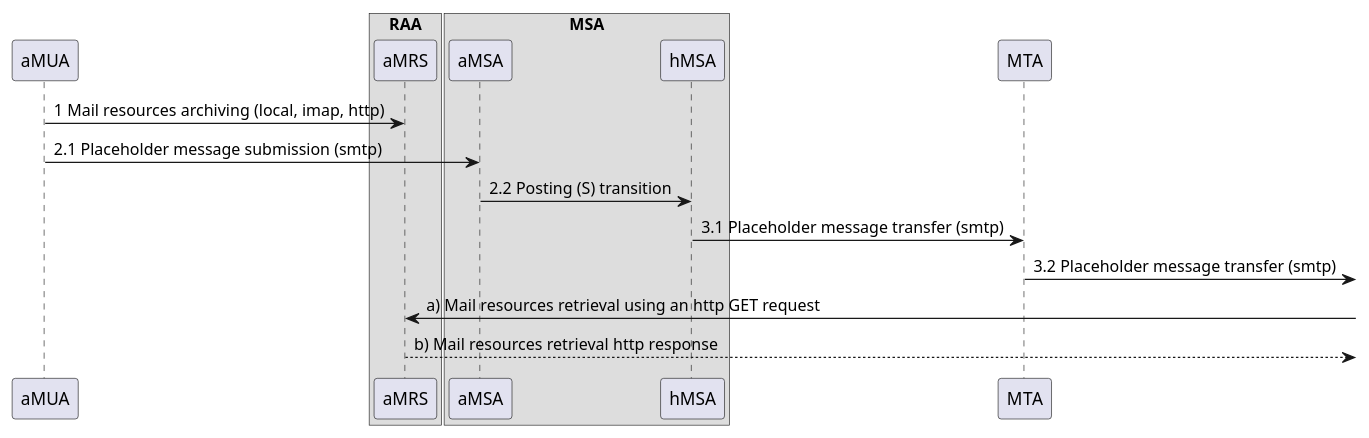
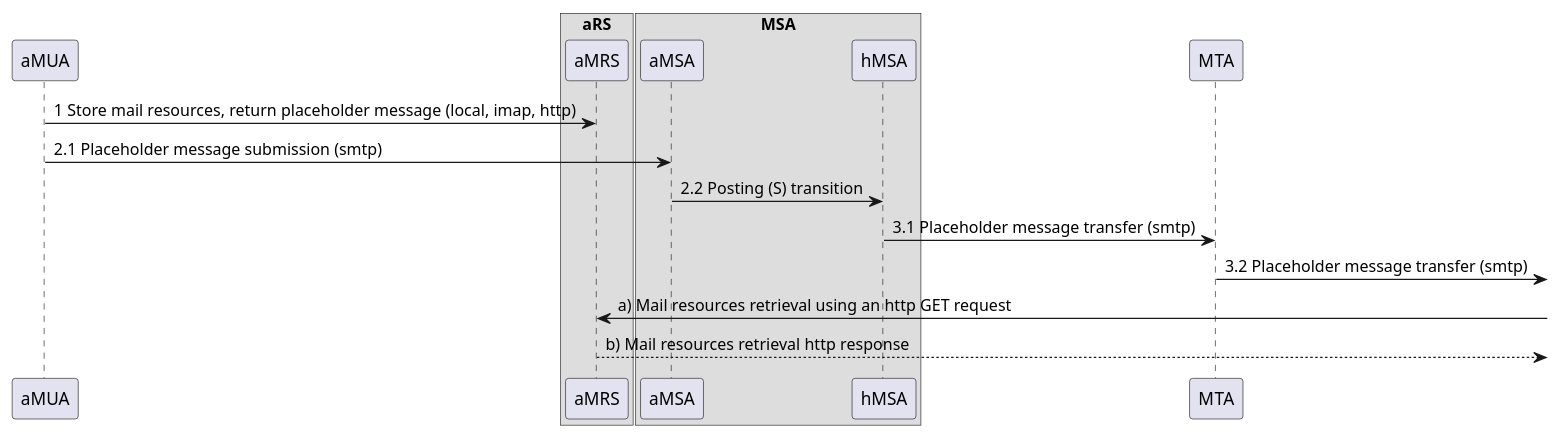
Before and after one commit to federizer/federizer: the diagram in docs/resources/authorization-enhanced_rfc5598_I_sd.puml, drawn with PlantUML. The commit also changed 5 other files, not shown here.

```diff
--- a/docs/resources/authorization-enhanced_rfc5598_I_sd.puml
+++ b/docs/resources/authorization-enhanced_rfc5598_I_sd.puml
@@ -1,41 +1,41 @@
 @startuml Authorization-Enhanced Internet Mail Architecture, message flow part I.
 
 /'
 Message
 Message User Agent (MUA)
     Author MUA (aMUA)
     Recipient MUA (rMUA)
 Message Submission Agent (MSA)
     Author-focused MSA functions (aMSA)
     MHS-focused MSA functions (hMSA)
 Message Transfer Agent (MTA)
 Message Delivery Agent (MDA)
     Recipient-focused MDA functions (rMDA)
     MHS-focused MDA functions (hMDA)
+Resource Server (RS)
 Resource Retrieval Agent (RRA)
-Resource Access Agent (RAA)
 Mail Resource Store (MRS)
     Author MRS (aMRS)
     Recipient MRS (rMRS)    
 '/
 
 'ADMD I. (foo.com)
 participant "aMUA" as aMUA /'MUA'/
-box "RAA" /'Resource Access Agent'/
+box "aRS" /'Author Resource Server'/
 participant "aMRS" as aMRS /'Author MRS'/
 end box
 box "MSA" /'MSA'/
 participant "aMSA" as aMSA /'Author-focused MSA'/
 participant "hMSA" as hMSA /'MHS-focused MSA'/
 end box
 participant "MTA" as MTA /'MTA'/
 
-aMUA -> aMRS : 1 Mail resources archiving (local, imap, http)
+aMUA -> aMRS : 1 Store mail resources, return placeholder message (local, imap, http)
 aMUA -> aMSA : 2.1 Placeholder message submission (smtp)
 aMSA -> hMSA : 2.2 Posting (S) transition
 hMSA -> MTA : 3.1 Placeholder message transfer (smtp)
 MTA ->] : 3.2 Placeholder message transfer (smtp)
 aMRS <-] : a) Mail resources retrieval using an http GET request
 aMRS -->] : b) Mail resources retrieval http response
 
 @enduml
```
